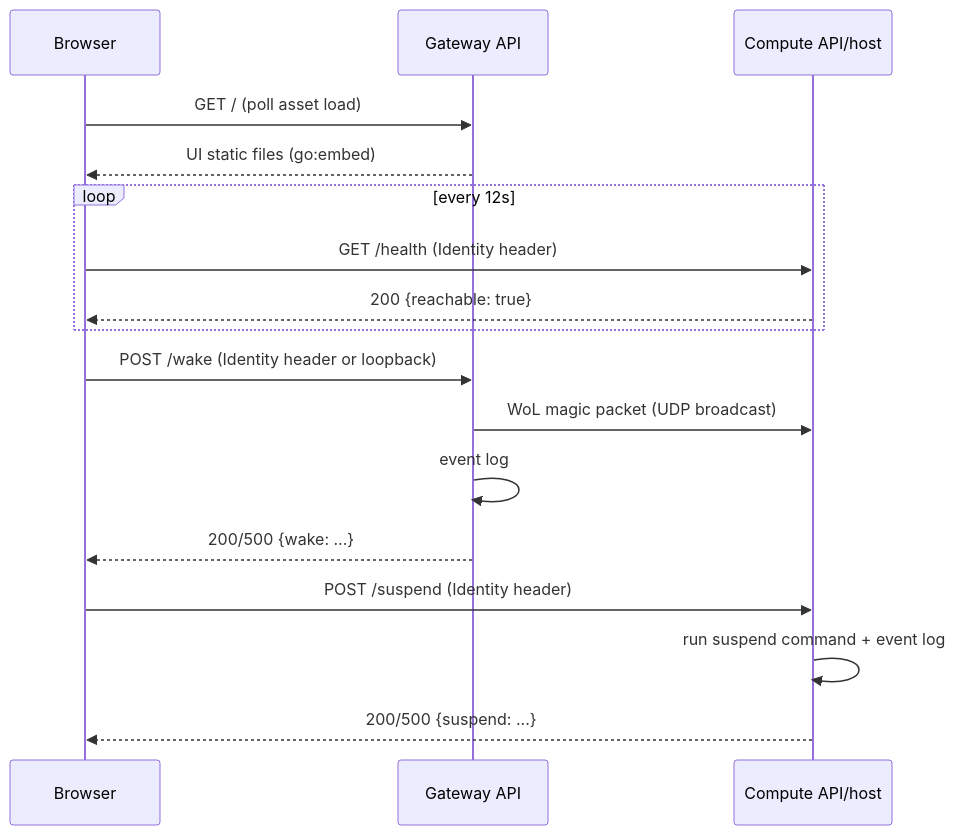
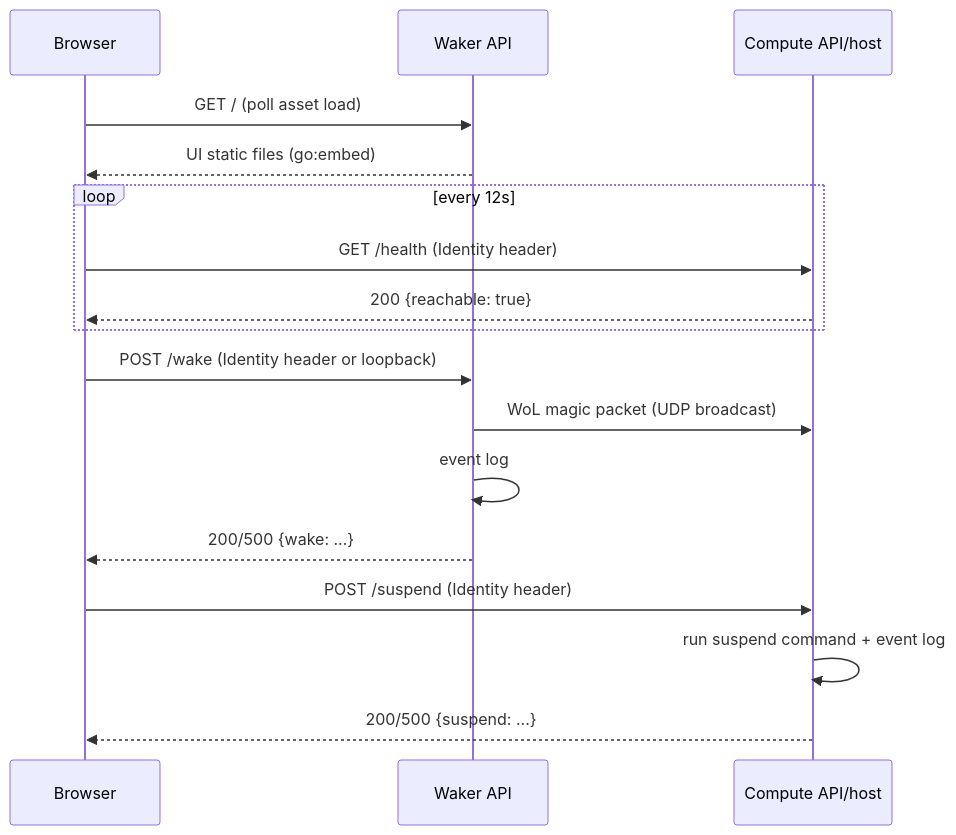
The diagram in ARCHITECTURE.md (nikbogman/cloudberry), drawn with Mermaid before and after one commit. The commit also changed other lines of this file and 29 other files, not shown here.

First line of the commit message:
refactor: rename Gateway to Waker

````diff
--- a/ARCHITECTURE.md
+++ b/ARCHITECTURE.md
@@ -70,24 +70,24 @@
 ```mermaid
 sequenceDiagram
     participant B as Browser
-    participant G as Gateway API
+    participant G as Waker API
     participant C as Compute API/host
 
     B->>G: GET / (poll asset load)
     G-->>B: UI static files (go:embed)
 
     loop every 12s
         B->>C: GET /health (Identity header)
         C-->>B: 200 {reachable: true}
     end
 
     B->>G: POST /wake (Identity header or loopback)
     G->>C: WoL magic packet (UDP broadcast)
     G->>G: event log
     G-->>B: 200/500 {wake: ...}
 
     B->>C: POST /suspend (Identity header)
     C->>C: run suspend command + event log
     C-->>B: 200/500 {suspend: ...}
 
 ```
````
